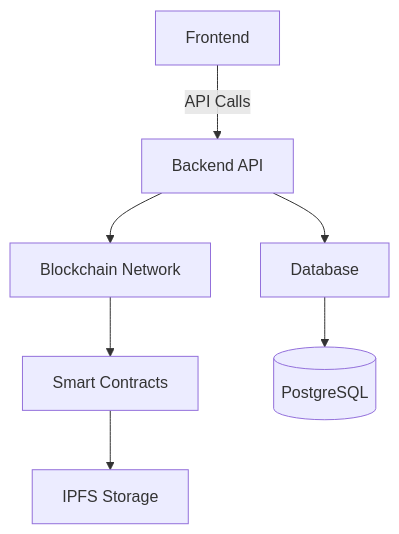
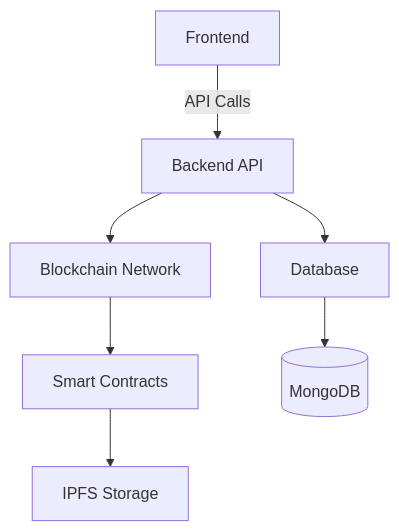
Before and after one commit to Obiajulu-gif/chain_move: the diagram in README.md, drawn with Mermaid. The commit also changed other lines of this file and 1 other file, not shown here.

````diff
--- a/README.md
+++ b/README.md
@@ -20,9 +20,9 @@
 ```mermaid
 graph TD
     A[Frontend] -->|API Calls| B[Backend API]
     B --> C[Blockchain Network]
     B --> D[Database]
     C --> E[Smart Contracts]
-    D --> F[(PostgreSQL)]
+    D --> F[(MongoDB)]
     E --> G[IPFS Storage]
 ```
````
